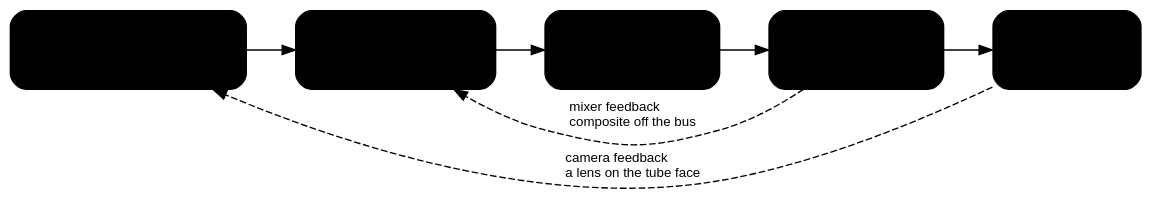
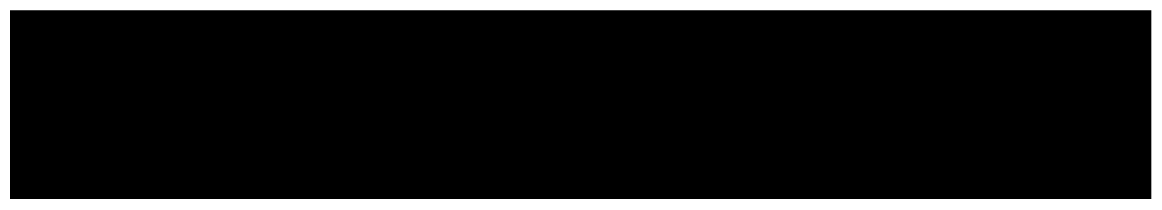
The diagram in docs/graphviz/pipeline-simple.dot (cmdcolin/videoskillet), drawn with Graphviz before and after one commit. The commit also changed 12 other files, not shown here.

First line of the commit message:
fix(docs): bake a background into each architecture diagram SVG

```diff
--- a/docs/graphviz/pipeline-simple.dot
+++ b/docs/graphviz/pipeline-simple.dot
@@ -1,32 +1,32 @@
 // videoskillet.js — the big idea in five blocks, and the same five the app draws.
 //
 // Block names are the app's trunk stages (PHASE_ORDER in src/ui/controls.ts) and
 // the three loops are its three returns (LOOP_STAGES), so a reader who meets
 // this picture and then opens the app is looking at one chain rather than two.
 // Keep them in step. The pass-level view, with the code's own cluster names, is
 // pipeline.dot.
 //
 // Colours are placeholder tokens — render with `pnpm run docs`.
 digraph ntsc_js_simple {
   rankdir=LR;
-  bgcolor="transparent";
+  bgcolor="@BG@";
   fontname="Helvetica,Arial,sans-serif";
   node [shape=box style="rounded,filled" fontname="Helvetica,Arial,sans-serif"
         fontsize=12 color="@STROKE@" fontcolor="@FG@" penwidth=1 margin="0.22,0.14"];
   edge [fontname="Helvetica,Arial,sans-serif" fontsize=10 color="@EDGE@" fontcolor="@EDGE@"];
 
   src    [label="Source A\nyour input, and the encoder\nthat makes it a waveform" fillcolor="@SRC@"];
   mix    [label="Mix\na second input beaten\nagainst the first" fillcolor="@ENC1@"];
   chan   [label="Channel\ndamage the signal\ntape · RF · cable" fillcolor="@CH1@"];
   rx     [label="Receiver\nimperfect TV\ndecodes it → RGB" fillcolor="@RX1@"];
   screen [label="Screen\nscanline beam\non a lit tube" fillcolor="@DSP@"];
 
   src -> mix -> chan -> rx -> screen;
 
   // Both loops, drawn where the app draws them: each leaves the trunk at one
   // stage and re-enters at another.
   screen -> src [label="  camera feedback\l  a lens on the tube face\l" style=dashed
                  color="@GREEN@" fontcolor="@GREEN@" constraint=false];
   rx -> mix     [label="  mixer feedback\l  composite off the bus\l" style=dashed
                  color="@GOLD@" fontcolor="@GOLD@" constraint=false];
 }
```
